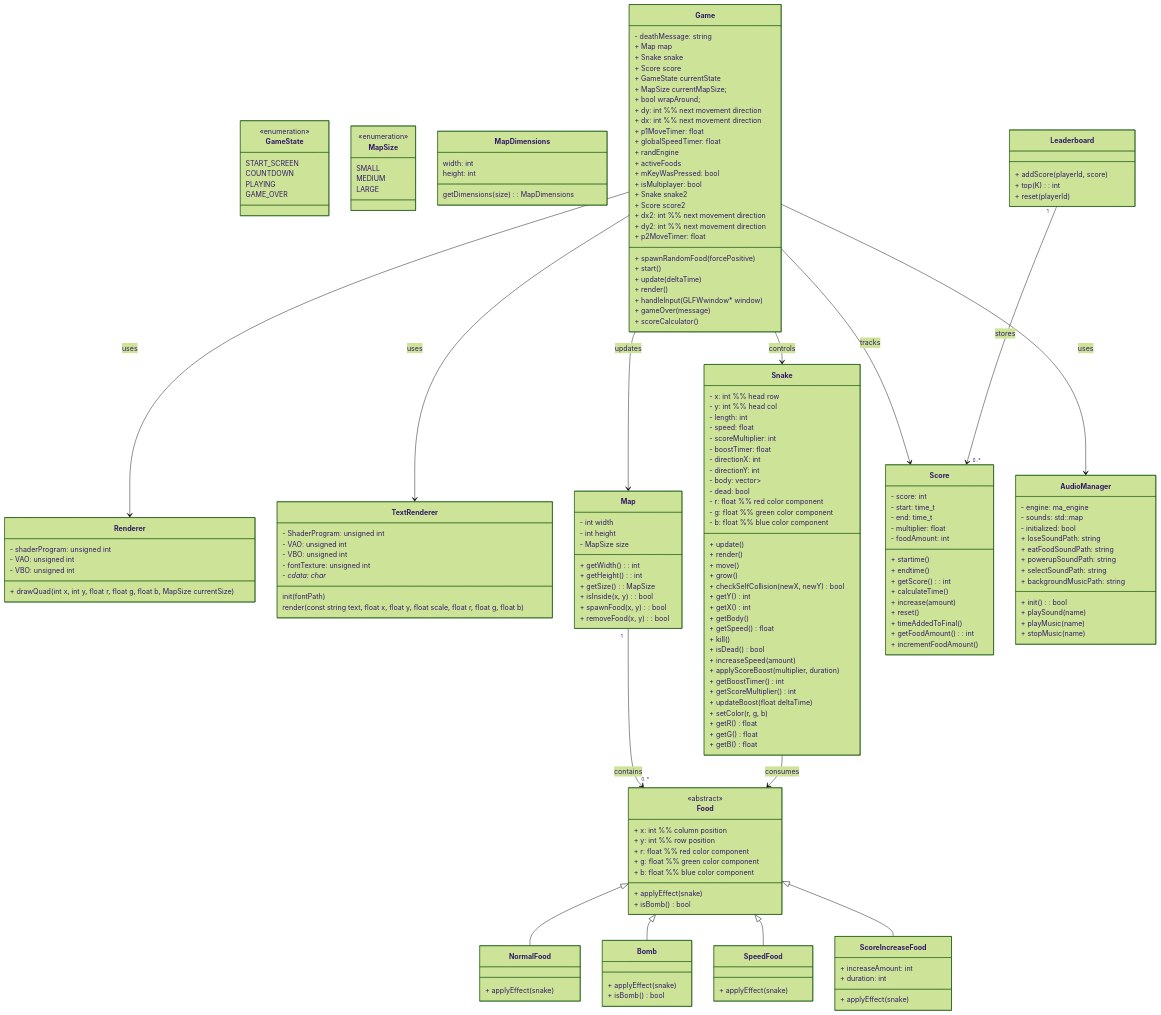
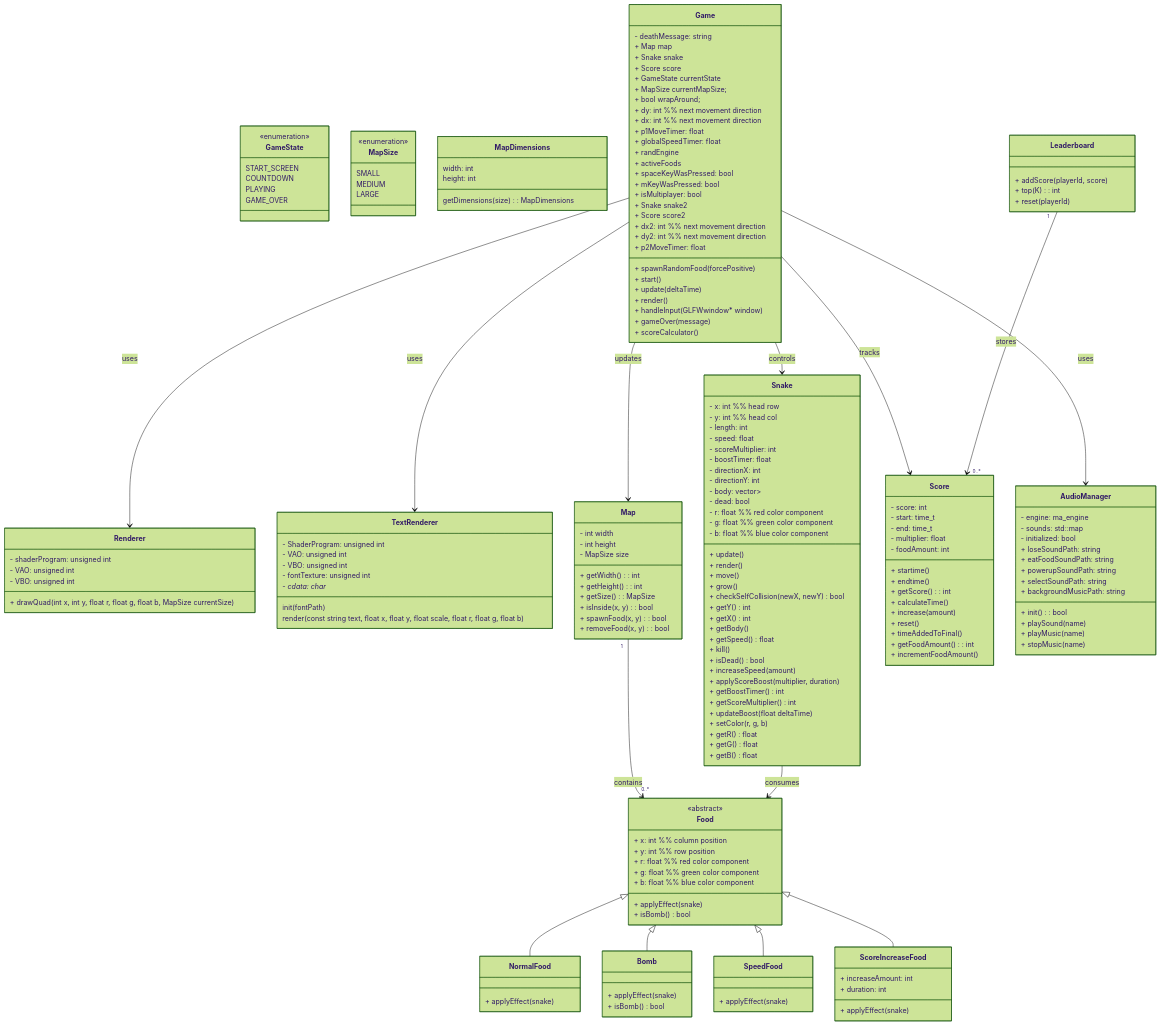
The diagram in README.md (KhioneWinter/PA5-Snake), drawn with Mermaid (forest theme) before and after one commit. The commit also changed 2 other files, not shown here.

Commit message:
spaceJustPressed logic ---annars ýtir maður svo hægt að talvan heldur að maður sér að ýta tvisvareðaoftar og doulbe tappar í næsta

```diff
--- a/README.md
+++ b/README.md
@@ -223,13 +223,16 @@
     + start()
     + update(deltaTime)
     + render()
+
+    %% input handling
     + handleInput(GLFWwindow* window)
+    + spaceKeyWasPressed: bool
+    + mKeyWasPressed: bool
 
     + gameOver(message)
     + scoreCalculator()
 
     %% multiplayer attributes
-    + mKeyWasPressed: bool
     + isMultiplayer: bool
     + Snake snake2
     + Score score2
```
